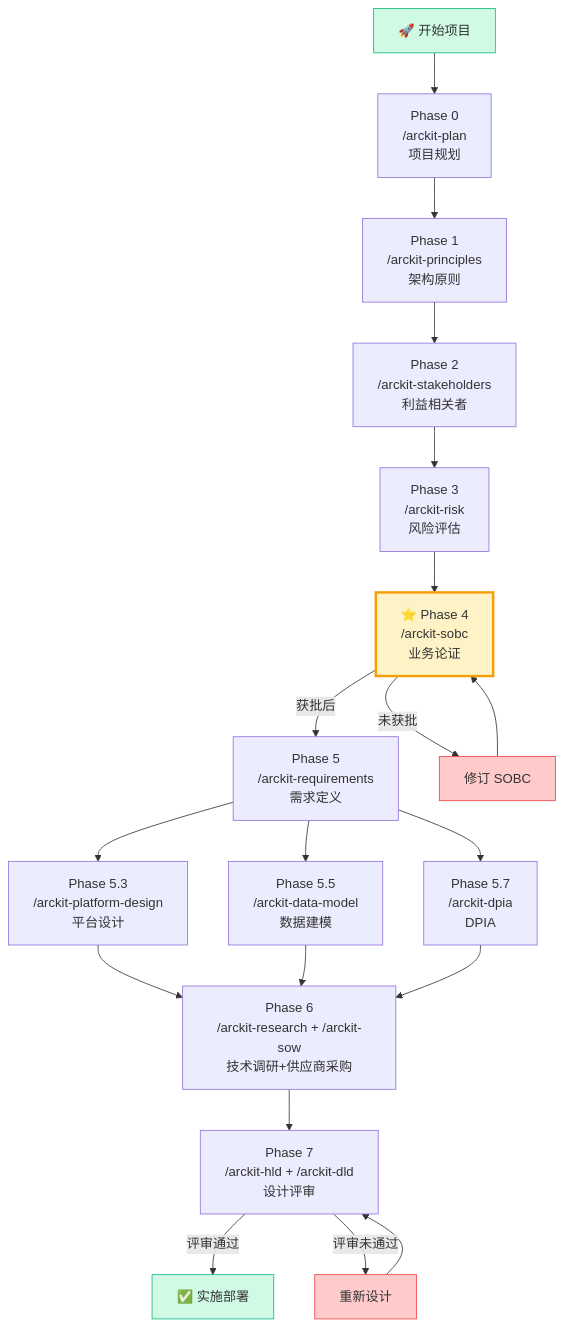
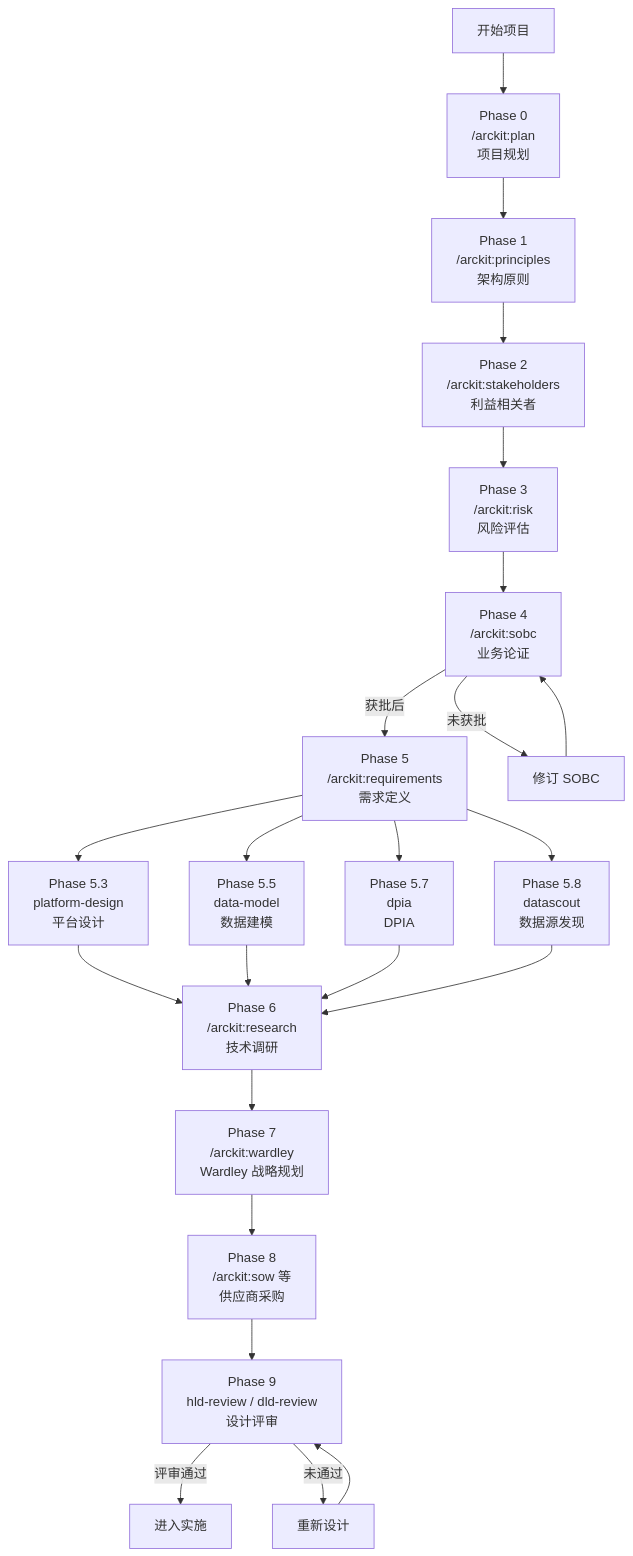
One commit to A1pha3/text-matrix changed the first of 2 diagrams in content/posts/tech/arc-kit-enterprise-architecture-governance.md. Above: the diagram before and after it, drawn with Mermaid. The commit also changed other lines of this file and 331 other files, not shown here.

````diff
--- a/content/posts/tech/arc-kit-enterprise-architecture-governance.md
+++ b/content/posts/tech/arc-kit-enterprise-architecture-governance.md
@@ -144,25 +110,22 @@
 ```mermaid
 flowchart TD
-    START["🚀 开始项目"] --> P0[Phase 0<br/>/arckit-plan<br/>项目规划]
-    P0 --> P1[Phase 1<br/>/arckit-principles<br/>架构原则]
-    P1 --> P2[Phase 2<br/>/arckit-stakeholders<br/>利益相关者]
-    P2 --> P3[Phase 3<br/>/arckit-risk<br/>风险评估]
-    P3 --> P4["⭐ Phase 4<br/>/arckit-sobc<br/>业务论证"]
-    P4 -->|获批后| P5[Phase 5<br/>/arckit-requirements<br/>需求定义]
-    P4 -->|未获批| REVISE["修订 SOBC"]
+    START[开始项目] --> P0[Phase 0<br/>/arckit:plan<br/>项目规划]
+    P0 --> P1[Phase 1<br/>/arckit:principles<br/>架构原则]
+    P1 --> P2[Phase 2<br/>/arckit:stakeholders<br/>利益相关者]
+    P2 --> P3[Phase 3<br/>/arckit:risk<br/>风险评估]
+    P3 --> P4[Phase 4<br/>/arckit:sobc<br/>业务论证]
+    P4 -->|获批后| P5[Phase 5<br/>/arckit:requirements<br/>需求定义]
+    P4 -->|未获批| REVISE[修订 SOBC]
     REVISE --> P4
-    P5 --> P5A[Phase 5.3<br/>/arckit-platform-design<br/>平台设计]
-    P5 --> P5B[Phase 5.5<br/>/arckit-data-model<br/>数据建模]
-    P5 --> P5C[Phase 5.7<br/>/arckit-dpia<br/>DPIA]
-    P5A & P5B & P5C --> P6[Phase 6<br/>/arckit-research + /arckit-sow<br/>技术调研+供应商采购]
-    P6 --> P7[Phase 7<br/>/arckit-hld + /arckit-dld<br/>设计评审]
-    P7 -->|评审通过| DEPLOY[✅ 实施部署]
-    P7 -->|评审未通过| REDESIGN["重新设计"]
-    REDESIGN --> P7
-
-    style START fill:#d1fae5,stroke:#10b981
-    style P4 fill:#fef3c7,stroke:#f59e0b,stroke-width:3px
-    style DEPLOY fill:#d1fae5,stroke:#10b981
-    style REVISE fill:#fecaca,stroke:#ef4444
-    style REDESIGN fill:#fecaca,stroke:#ef4444
+    P5 --> P5A[Phase 5.3<br/>platform-design<br/>平台设计]
+    P5 --> P5B[Phase 5.5<br/>data-model<br/>数据建模]
+    P5 --> P5C[Phase 5.7<br/>dpia<br/>DPIA]
+    P5 --> P5D[Phase 5.8<br/>datascout<br/>数据源发现]
+    P5A & P5B & P5C & P5D --> P6[Phase 6<br/>/arckit:research<br/>技术调研]
+    P6 --> P7[Phase 7<br/>/arckit:wardley<br/>Wardley 战略规划]
+    P7 --> P8[Phase 8<br/>/arckit:sow 等<br/>供应商采购]
+    P8 --> P9[Phase 9<br/>hld-review / dld-review<br/>设计评审]
+    P9 -->|评审通过| DEPLOY[进入实施]
+    P9 -->|未通过| REDESIGN[重新设计]
+    REDESIGN --> P9
 ```
````
